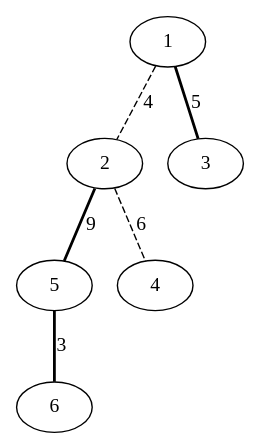
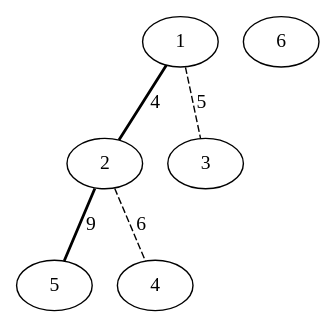
One commit to Musab1Blaser/DynamicTrees_NF changed the diagram in ST-Tree/src/combined_graph.dot. Above: the diagram before and after it, drawn with Graphviz. The commit also changed 7 other files, not shown here.

```diff
--- a/ST-Tree/src/combined_graph.dot
+++ b/ST-Tree/src/combined_graph.dot
@@ -1,7 +1,12 @@
 graph G {
+1 -- 2 [style=bold, label=4];
 2 -- 5 [style=bold, label=9];
-5 -- 6 [style=bold, label=3];
-1 -- 3 [style=bold, label=5];
-1 -- 2 [style=dashed, label=4];
+1 -- 3 [style=dashed, label=5];
 2 -- 4 [style=dashed, label=6];
+1; 
+2; 
+3; 
+4; 
+5; 
+6; 
 }
```
